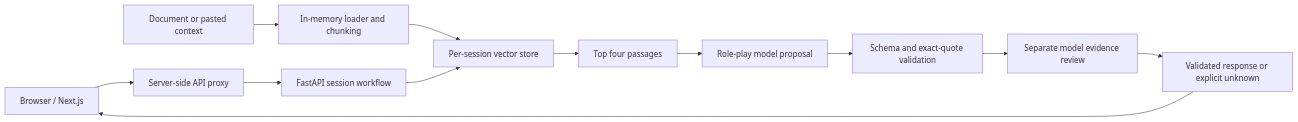
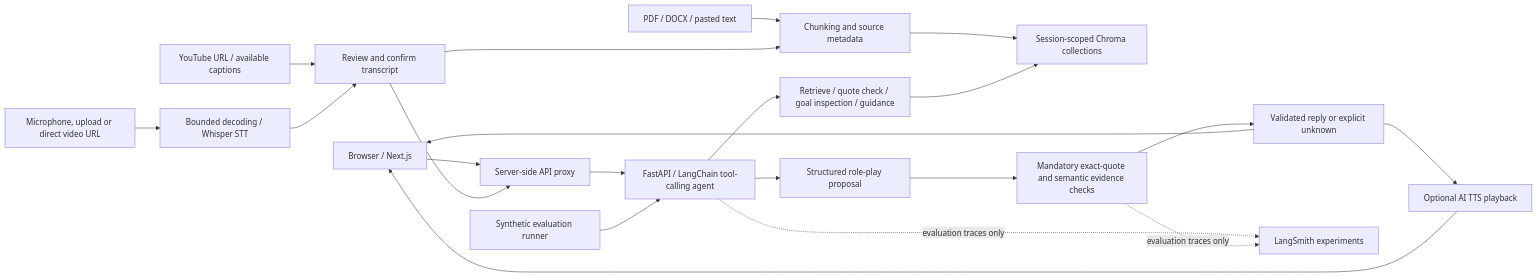
Before and after one commit to zinaelnahel/the-rehearsal: the diagram in CAPSTONE.md, drawn with Mermaid. The commit also changed other lines of this file and 51 other files, not shown here.

Commit message:
Add multimodal rehearsal sources, speech, agent tools and evaluation evidence

````diff
--- a/CAPSTONE.md
+++ b/CAPSTONE.md
@@ -23,14 +28,23 @@
 ```mermaid
 flowchart LR
     U[Browser / Next.js] --> P[Server-side API proxy]
-    P --> A[FastAPI session workflow]
-    D[Document or pasted context] --> L[In-memory loader and chunking]
-    L --> V[Per-session vector store]
-    A --> V
-    V --> R[Top four passages]
-    R --> G[Role-play model proposal]
-    G --> Q[Schema and exact-quote validation]
-    Q --> E[Separate model evidence review]
-    E --> F[Validated response or explicit unknown]
+    D[PDF / DOCX / pasted text] --> C[Chunking and source metadata]
+    M[Microphone, upload or direct video URL] --> W[Bounded decoding / Whisper STT]
+    Y[YouTube URL / available captions] --> T
+    W --> T[Review and confirm transcript]
+    T --> C
+    T --> P
+    C --> V[Session-scoped Chroma collections]
+    P --> A[FastAPI / LangChain tool-calling agent]
+    A --> R[Retrieve / quote check / goal inspection / guidance]
+    R --> V
+    A --> G[Structured role-play proposal]
+    G --> Q[Mandatory exact-quote and semantic evidence checks]
+    Q --> F[Validated reply or explicit unknown]
     F --> U
+    F --> S[Optional AI TTS playback]
+    S --> U
+    E[Synthetic evaluation runner] --> A
+    A -. evaluation traces only .-> L[LangSmith experiments]
+    Q -. evaluation traces only .-> L
 ```
````
